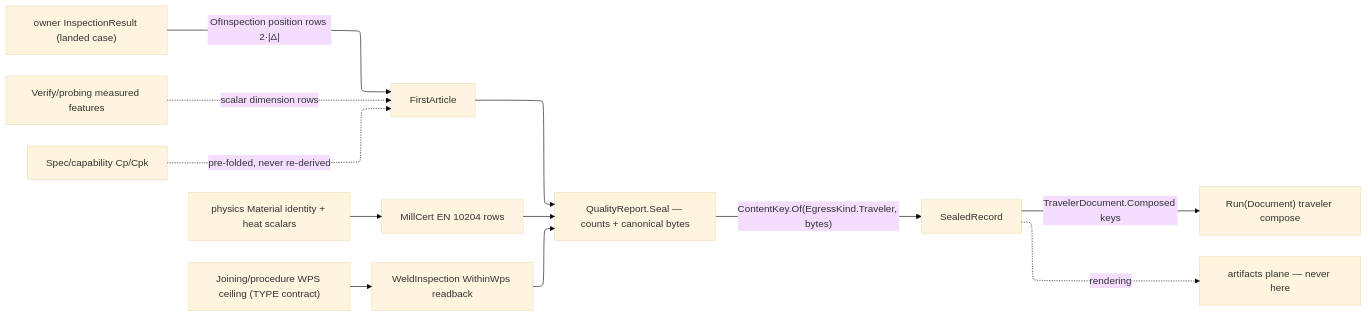
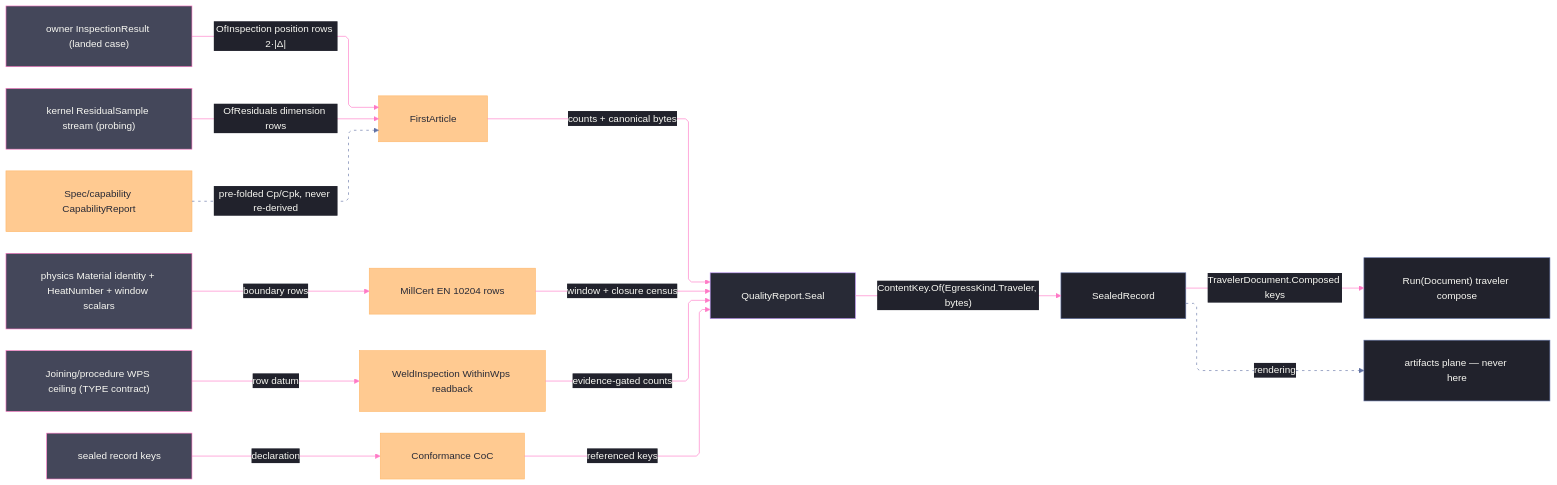
One commit to bsamiee/Rasm changed the diagram in libs/csharp/Rasm.Fabrication/.planning/Documentation/report.md. Above: the diagram before and after it, drawn with Mermaid. The commit also changed other lines of this file and 79 other files, not shown here.

````diff
--- a/libs/csharp/Rasm.Fabrication/.planning/Documentation/report.md
+++ b/libs/csharp/Rasm.Fabrication/.planning/Documentation/report.md
@@ -182,19 +247,53 @@
 ```mermaid
 ---
 config:
+  theme: base
+  look: classic
   layout: elk
-  theme: base
+  flowchart:
+    curve: linear
+    padding: 25
+  themeVariables:
+    darkMode: true
+    fontFamily: "SF Mono, Menlo, Cascadia Mono, Segoe UI Mono, Consolas, monospace"
+    useGradient: false
+    dropShadow: "none"
+    background: "#282A36"
+    primaryColor: "#44475A"
+    primaryTextColor: "#F8F8F2"
+    primaryBorderColor: "#BD93F9"
+    mainBkg: "#44475A"
+    nodeBorder: "#BD93F9"
+    lineColor: "#FF79C6"
+    textColor: "#F8F8F2"
+    edgeLabelBackground: "#21222C"
+    labelBackgroundColor: "#21222C"
+  themeCSS: ".nodeLabel{font-size:13px;font-weight:500}.edgeLabel{font-size:12px;font-weight:500}.edge-thickness-normal{stroke-width:2px}.edge-thickness-thick{stroke-width:3px}.edge-pattern-dashed,.edge-pattern-dotted{stroke-width:1.5px;stroke-dasharray:4 6}.node rect,.node circle,.node polygon,.node path,.node .outer-path{stroke-width:1.5px;filter:none!important}.marker path{transform:scale(.8);transform-origin:5px 5px}.marker circle{transform:scale(.48);transform-origin:5px 5px}.edgeLabel rect{transform-box:fill-box;transform-origin:center;transform:scale(1.1,1.2)}"
 ---
 flowchart LR
+    accTitle: Quality record seams
+    accDescr: Inspection results, probing residuals, material certificates, and weld readbacks fold through the one seal into content-keyed records the traveler composes.
     Inspection["owner InspectionResult (landed case)"] -->|"OfInspection position rows 2·|Δ|"| FAI["FirstArticle"]
-    Probing["Verify/probing measured features"] -.->|scalar dimension rows| FAI
-    Capability["Spec/capability Cp/Cpk"] -.->|pre-folded, never re-derived| FAI
-    Physics["physics Material identity + heat scalars"] --> Cert["MillCert EN 10204 rows"]
-    Procedure["Joining/procedure WPS ceiling (TYPE contract)"] --> Weld["WeldInspection WithinWps readback"]
-    FAI --> Seal["QualityReport.Seal — counts + canonical bytes"]
-    Cert --> Seal
-    Weld --> Seal
+    Residuals["kernel ResidualSample stream (probing)"] -->|"OfResiduals dimension rows"| FAI
+    Capability["Spec/capability CapabilityReport"] -.->|"pre-folded Cp/Cpk, never re-derived"| FAI
+    Physics["physics Material identity + HeatNumber + window scalars"] -->|"boundary rows"| Cert["MillCert EN 10204 rows"]
+    Procedure["Joining/procedure WPS ceiling (TYPE contract)"] -->|"row datum"| Weld["WeldInspection WithinWps readback"]
+    Sealed["sealed record keys"] -->|"declaration"| CoC["Conformance CoC"]
+    FAI -->|"counts + canonical bytes"| Seal["QualityReport.Seal"]
+    Cert -->|"window + closure census"| Seal
+    Weld -->|"evidence-gated counts"| Seal
+    CoC -->|"referenced keys"| Seal
     Seal -->|"ContentKey.Of(EgressKind.Traveler, bytes)"| Keyed["SealedRecord"]
     Keyed -->|"TravelerDocument.Composed keys"| Traveler["Run(Document) traveler compose"]
-    Keyed -.->|rendering| Artifacts["artifacts plane — never here"]
+    Keyed -.->|"rendering"| Artifacts["artifacts plane — never here"]
+    classDef primary fill:#44475A,stroke:#FF79C6,color:#F8F8F2
+    classDef boundary fill:#282A36,stroke:#BD93F9,color:#F8F8F2
+    classDef data fill:#FFB86CBF,stroke:#FFB86C,color:#282A36
+    classDef annotation fill:#21222C,stroke:#6272A4,color:#F8F8F2
+    class Inspection,Residuals,Physics,Procedure,Sealed primary
+    class Seal boundary
+    class FAI,Cert,Weld,CoC,Capability data
+    class Keyed,Traveler,Artifacts annotation
+    linkStyle 2 stroke:#6272A4,color:#F8F8F2,stroke-dasharray:4 6
+    linkStyle 12 stroke:#6272A4,color:#F8F8F2,stroke-dasharray:4 6
 ```
````
